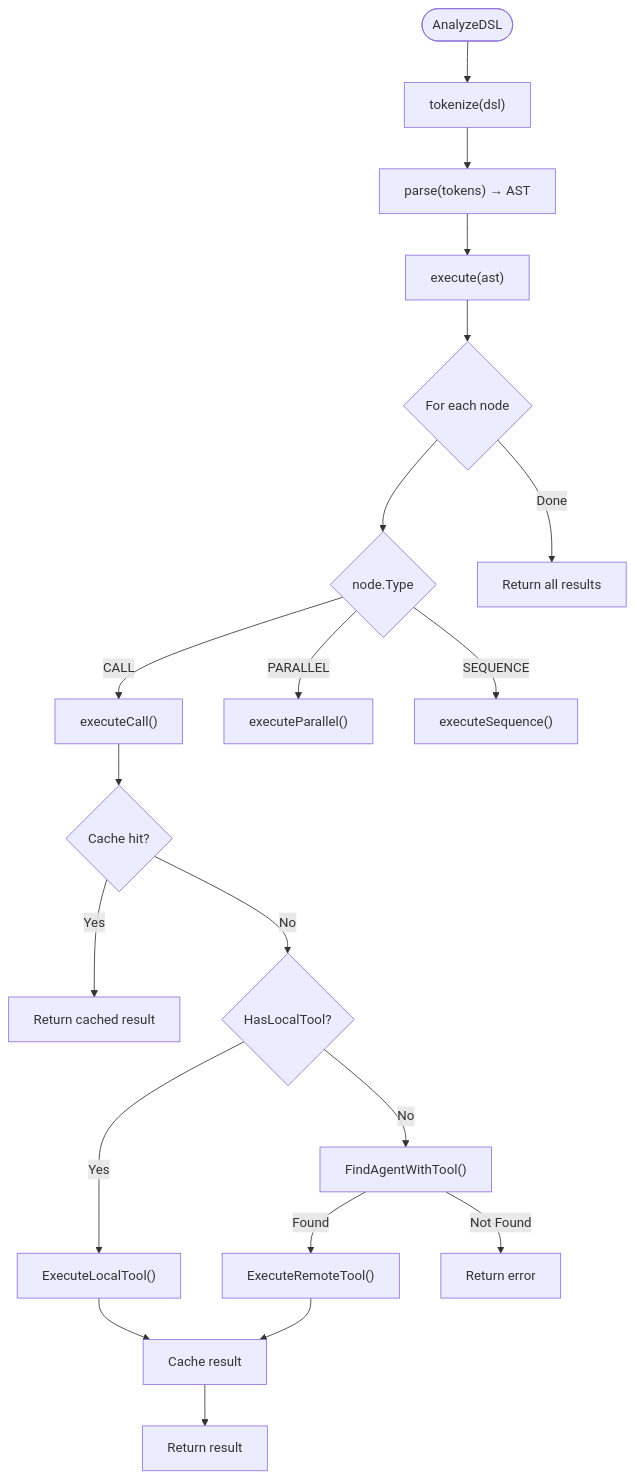
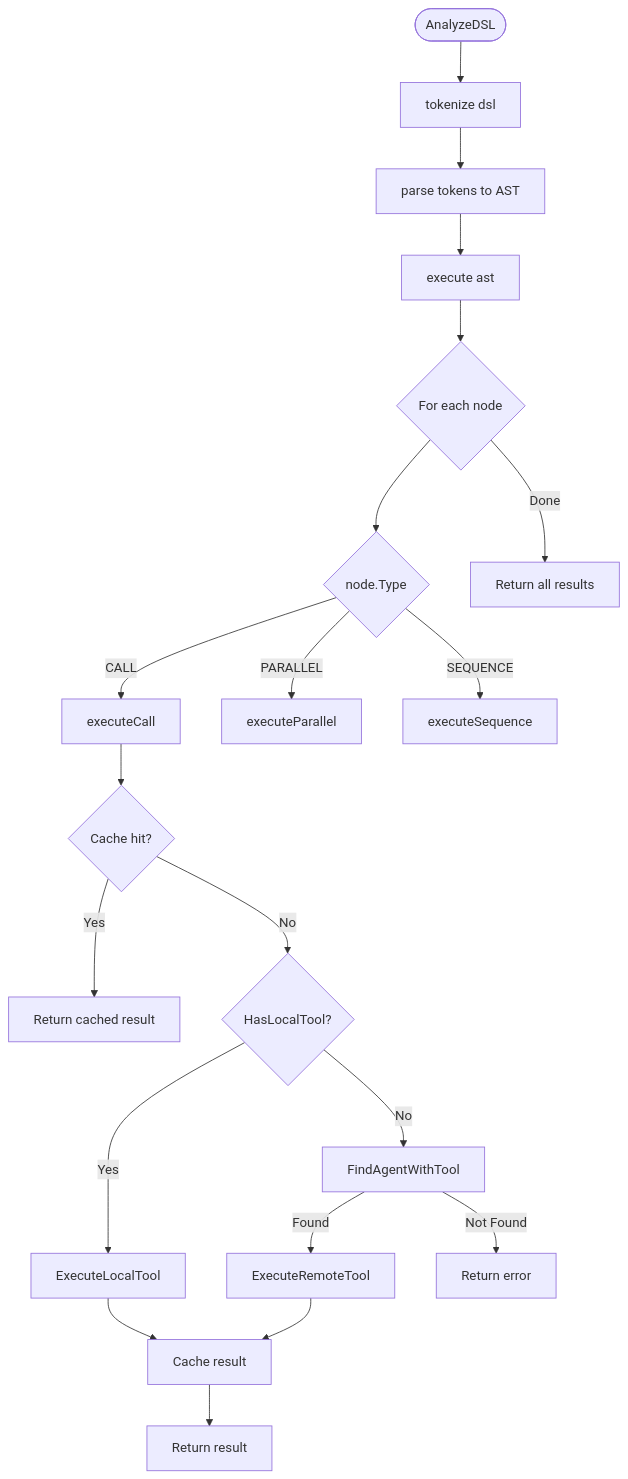
One commit to prxs-ai/praxis-go-sdk changed the third of 5 diagrams in docs/Core Services/DSL Processing.md. Above: the diagram before and after it, drawn with Mermaid. The commit also changed other lines of this file and 33 other files, not shown here.

````diff
--- a/docs/Core Services/DSL Processing.md
+++ b/docs/Core Services/DSL Processing.md
@@ -132,22 +132,22 @@
 ```mermaid
 flowchart TD
-Start([AnalyzeDSL]) --> Tokenize["tokenize(dsl)"]
-Tokenize --> Parse["parse(tokens) → AST"]
-Parse --> Execute["execute(ast)"]
+Start([AnalyzeDSL]) --> Tokenize[tokenize dsl]
+Tokenize --> Parse[parse tokens to AST]
+Parse --> Execute[execute ast]
 Execute --> Loop{For each node}
 Loop --> NodeType{node.Type}
-NodeType --> |CALL| ExecuteCall["executeCall()"]
-NodeType --> |PARALLEL| ExecuteParallel["executeParallel()"]
-NodeType --> |SEQUENCE| ExecuteSequence["executeSequence()"]
-ExecuteCall --> CacheCheck{"Cache hit?"}
-CacheCheck --> |Yes| ReturnCached["Return cached result"]
-CacheCheck --> |No| LocalCheck{"HasLocalTool?"}
-LocalCheck --> |Yes| ExecuteLocal["ExecuteLocalTool()"]
-LocalCheck --> |No| FindAgent["FindAgentWithTool()"]
-FindAgent --> |Found| ExecuteRemote["ExecuteRemoteTool()"]
-FindAgent --> |Not Found| ReturnError["Return error"]
-ExecuteLocal --> CacheStore["Cache result"]
+NodeType -->|CALL| ExecuteCall[executeCall]
+NodeType -->|PARALLEL| ExecuteParallel[executeParallel]
+NodeType -->|SEQUENCE| ExecuteSequence[executeSequence]
+ExecuteCall --> CacheCheck{Cache hit?}
+CacheCheck -->|Yes| ReturnCached[Return cached result]
+CacheCheck -->|No| LocalCheck{HasLocalTool?}
+LocalCheck -->|Yes| ExecuteLocal[ExecuteLocalTool]
+LocalCheck -->|No| FindAgent[FindAgentWithTool]
+FindAgent -->|Found| ExecuteRemote[ExecuteRemoteTool]
+FindAgent -->|Not Found| ReturnError[Return error]
+ExecuteLocal --> CacheStore[Cache result]
 ExecuteRemote --> CacheStore
-CacheStore --> ReturnResult["Return result"]
-Loop --> |Done| ReturnResults["Return all results"]
+CacheStore --> ReturnResult[Return result]
+Loop -->|Done| ReturnResults[Return all results]
 ```
````
